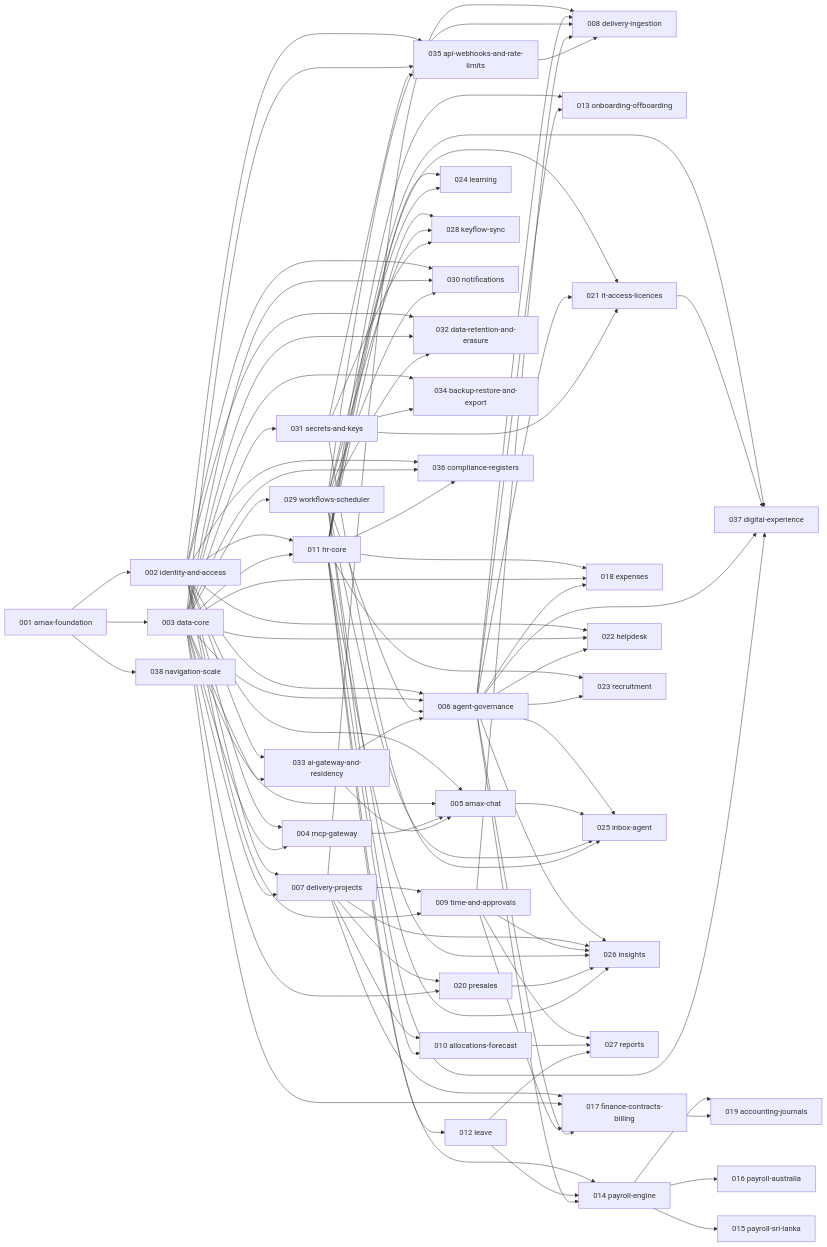
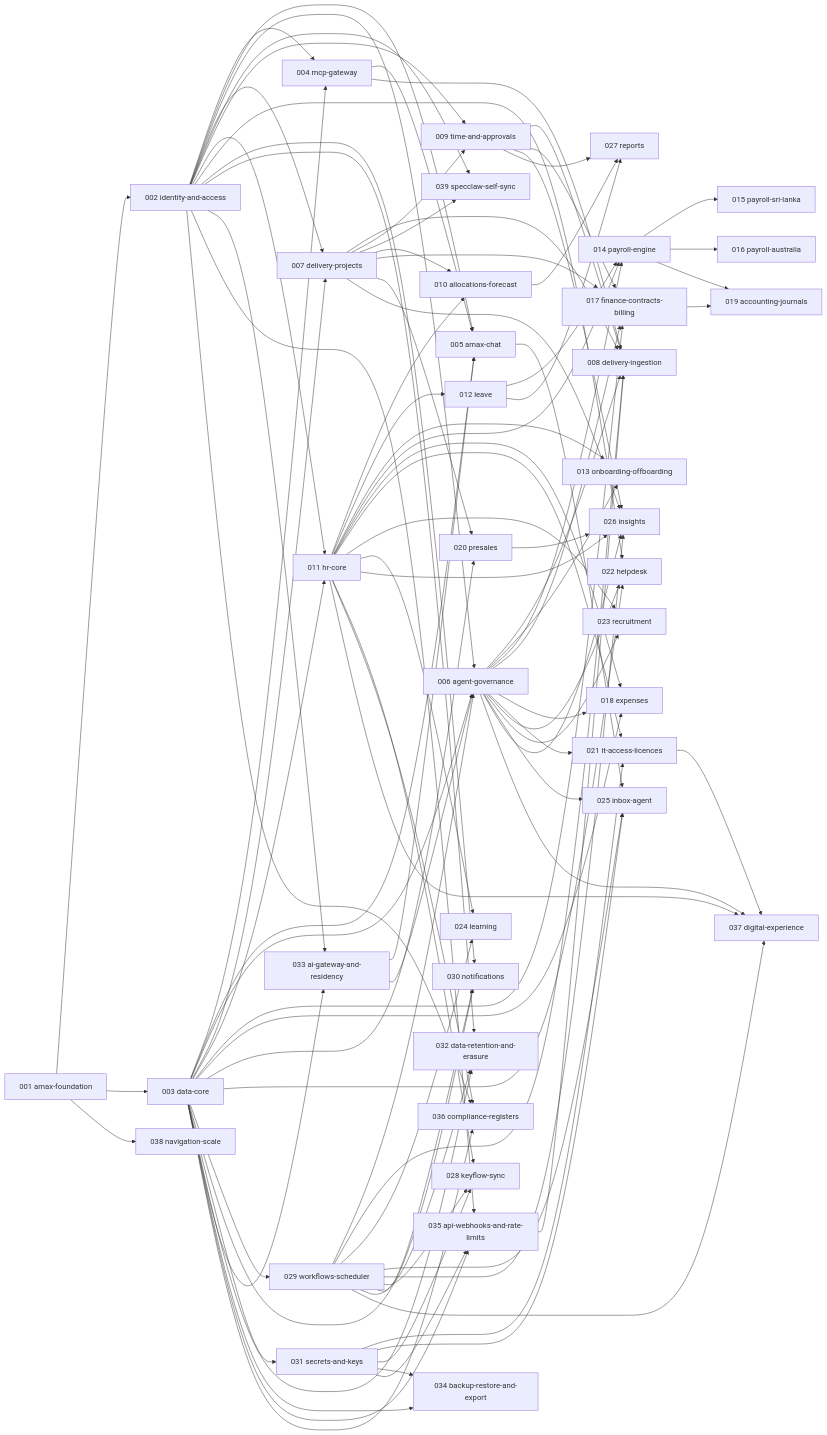
One commit to ahamedumar15/amax changed the diagram in docs/roadmap.md. Above: the diagram before and after it, drawn with Mermaid. The commit also changed other lines of this file and 8 other files, not shown here.

First line of the commit message:
proposals: approve 002, 003, 007 and add 039 specclaw self-sync

```diff
--- a/docs/roadmap.md
+++ b/docs/roadmap.md
@@ -146,6 +146,7 @@
   P036["036 compliance-registers"]
   P037["037 digital-experience"]
   P038["038 navigation-scale"]
+  P039["039 specclaw-self-sync"]
   P001 --> P002
   P001 --> P003
   P001 --> P038
@@ -166,7 +167,10 @@
   P029 --> P008
   P009 --> P008
   P035 --> P008
+  P004 --> P008
   P007 --> P009
+  P002 --> P039
+  P007 --> P039
   P002 --> P009
   P007 --> P010
   P011 --> P010
```
